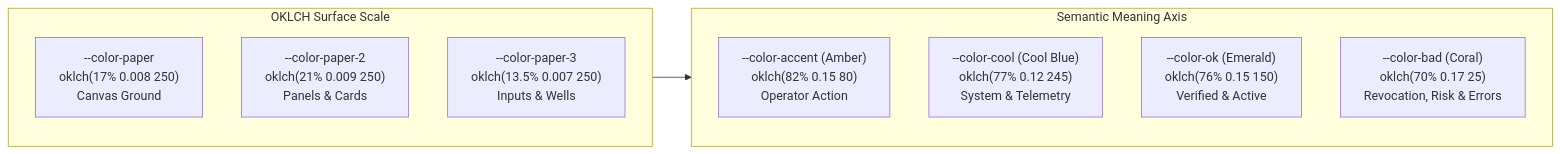
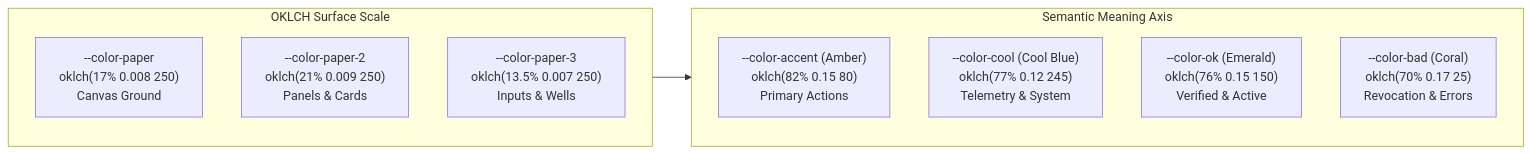
The ninth of 9 diagrams in docs/FRONTEND_ARCHITECTURE.md (utkarshj014/authsphere), drawn with Mermaid before and after one commit. The commit also changed other lines of this file and 5 other files, not shown here.

````diff
--- a/docs/FRONTEND_ARCHITECTURE.md
+++ b/docs/FRONTEND_ARCHITECTURE.md
@@ -439,17 +399,17 @@
 ```mermaid
 flowchart LR
     subgraph Surfaces ["OKLCH Surface Scale"]
         P1["--color-paper<br/>oklch(17% 0.008 250)<br/>Canvas Ground"]
         P2["--color-paper-2<br/>oklch(21% 0.009 250)<br/>Panels & Cards"]
         P3["--color-paper-3<br/>oklch(13.5% 0.007 250)<br/>Inputs & Wells"]
     end
 
     subgraph Semantics ["Semantic Meaning Axis"]
-        Accent["--color-accent (Amber)<br/>oklch(82% 0.15 80)<br/>Operator Action"]
-        Cool["--color-cool (Cool Blue)<br/>oklch(77% 0.12 245)<br/>System & Telemetry"]
+        Accent["--color-accent (Amber)<br/>oklch(82% 0.15 80)<br/>Primary Actions"]
+        Cool["--color-cool (Cool Blue)<br/>oklch(77% 0.12 245)<br/>Telemetry & System"]
         Ok["--color-ok (Emerald)<br/>oklch(76% 0.15 150)<br/>Verified & Active"]
-        Bad["--color-bad (Coral)<br/>oklch(70% 0.17 25)<br/>Revocation, Risk & Errors"]
+        Bad["--color-bad (Coral)<br/>oklch(70% 0.17 25)<br/>Revocation & Errors"]
     end
 
     Surfaces --> Semantics
 ```
````
